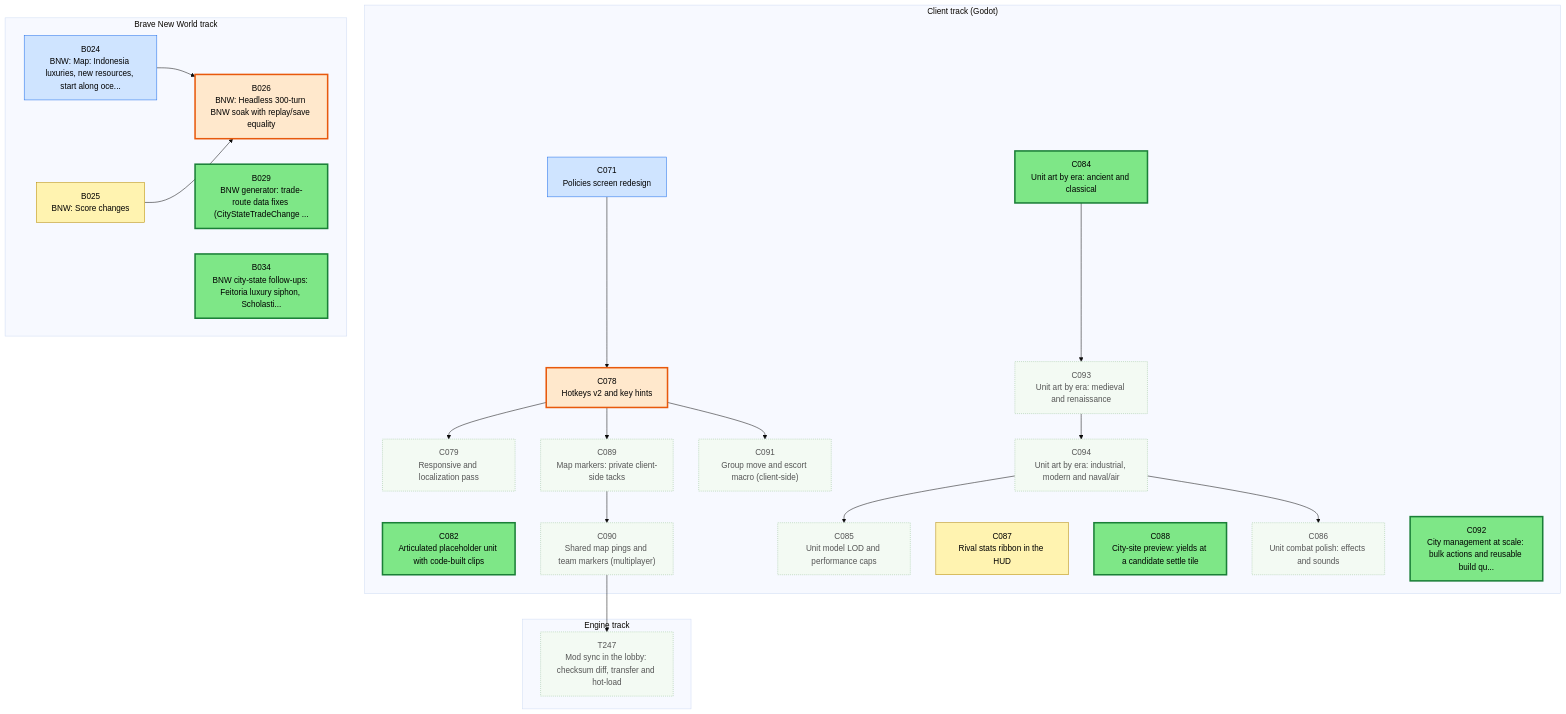
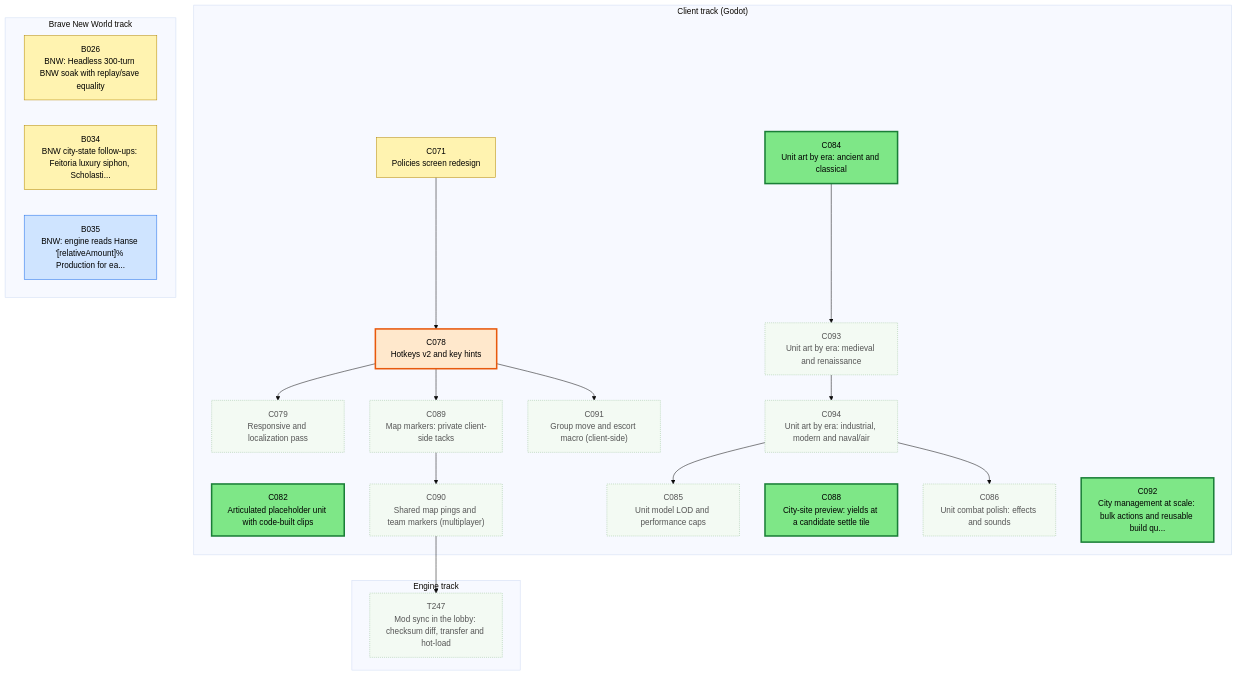
Before and after one commit to Kenmura/Unciv: the first of 3 diagrams in csharp/migration/DEPENDENCY_MAP.md, drawn with Mermaid (base theme). The commit also changed other lines of this file and 5 other files, not shown here.

````diff
--- a/csharp/migration/DEPENDENCY_MAP.md
+++ b/csharp/migration/DEPENDENCY_MAP.md
@@ -25,70 +25,62 @@
 ```mermaid
 flowchart TD
   subgraph TTRACK["Engine track"]
     T247["T247<br/>Mod sync in the lobby: checksum diff, transfer and hot-load"]
   end
   subgraph CTRACK["Client track (Godot)"]
     C071["C071<br/>Policies screen redesign"]
     C078["C078<br/>Hotkeys v2 and key hints"]
     C079["C079<br/>Responsive and localization pass"]
     C082["C082<br/>Articulated placeholder unit with code-built clips"]
     C084["C084<br/>Unit art by era: ancient and classical"]
     C085["C085<br/>Unit model LOD and performance caps"]
     C086["C086<br/>Unit combat polish: effects and sounds"]
-    C087["C087<br/>Rival stats ribbon in the HUD"]
     C088["C088<br/>City-site preview: yields at a candidate settle tile"]
     C089["C089<br/>Map markers: private client-side tacks"]
     C090["C090<br/>Shared map pings and team markers (multiplayer)"]
     C091["C091<br/>Group move and escort macro (client-side)"]
     C092["C092<br/>City management at scale: bulk actions and reusable build qu..."]
     C093["C093<br/>Unit art by era: medieval and renaissance"]
     C094["C094<br/>Unit art by era: industrial, modern and naval/air"]
   end
   subgraph BTRACK["Brave New World track"]
-    B024["B024<br/>BNW: Map: Indonesia luxuries, new resources, start along oce..."]
-    B025["B025<br/>BNW: Score changes"]
     B026["B026<br/>BNW: Headless 300-turn BNW soak with replay/save equality"]
-    B029["B029<br/>BNW generator: trade-route data fixes (CityStateTradeChange ..."]
     B034["B034<br/>BNW city-state follow-ups: Feitoria luxury siphon, Scholasti..."]
+    B035["B035<br/>BNW: engine reads Hanse '[relativeAmount]% Production for ea..."]
   end
   C090 --> T247
   C071 --> C078
   C078 --> C079
   C094 --> C085
   C094 --> C086
   C078 --> C089
   C089 --> C090
   C078 --> C091
   C084 --> C093
   C093 --> C094
-  B024 --> B026
-  B025 --> B026
   classDef waiting fill:#f3faf3,stroke:#9bc49b,color:#555,stroke-dasharray:2 2
   classDef ondeck fill:#ffe8cc,stroke:#e8590c,stroke-width:3px,color:#000
   classDef ready fill:#7ee787,stroke:#1a7f37,stroke-width:3px,color:#000
   classDef prog fill:#fff3b0,stroke:#b58900,color:#000
   classDef review fill:#cfe4ff,stroke:#1f6feb,color:#000
   classDef blocked fill:#ffd6d6,stroke:#c62828,color:#000
   classDef done fill:#eeeeee,stroke:#999999,color:#666,stroke-dasharray:4 3
-  class B024 review
-  class B025 prog
-  class B026 ondeck
-  class B029 ready
-  class B034 ready
-  class C071 review
+  class B026 prog
+  class B034 prog
+  class B035 review
+  class C071 prog
   class C078 ondeck
   class C079 waiting
   class C082 ready
   class C084 ready
   class C085 waiting
   class C086 waiting
-  class C087 prog
   class C088 ready
   class C089 waiting
   class C090 waiting
   class C091 waiting
   class C092 ready
   class C093 waiting
   class C094 waiting
   class T247 waiting
 ```
````
